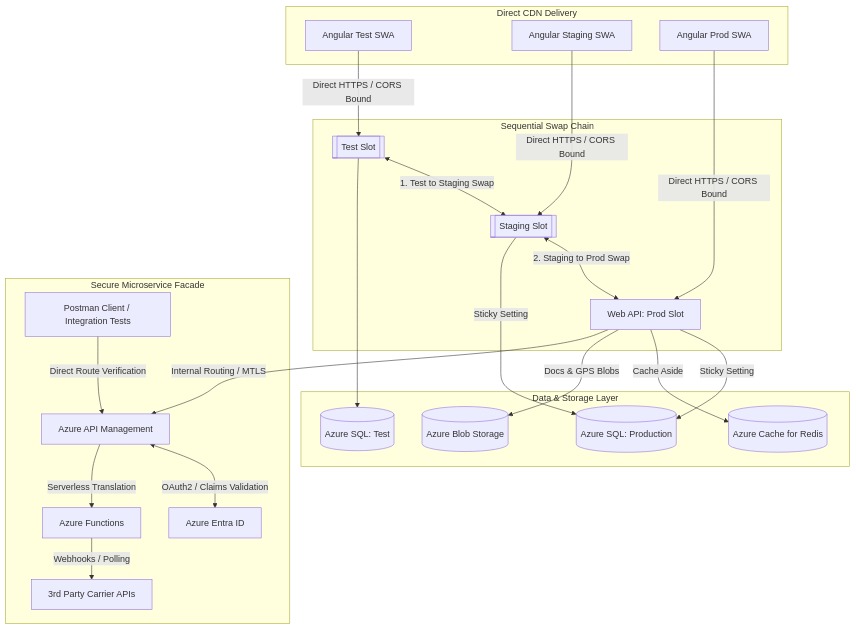
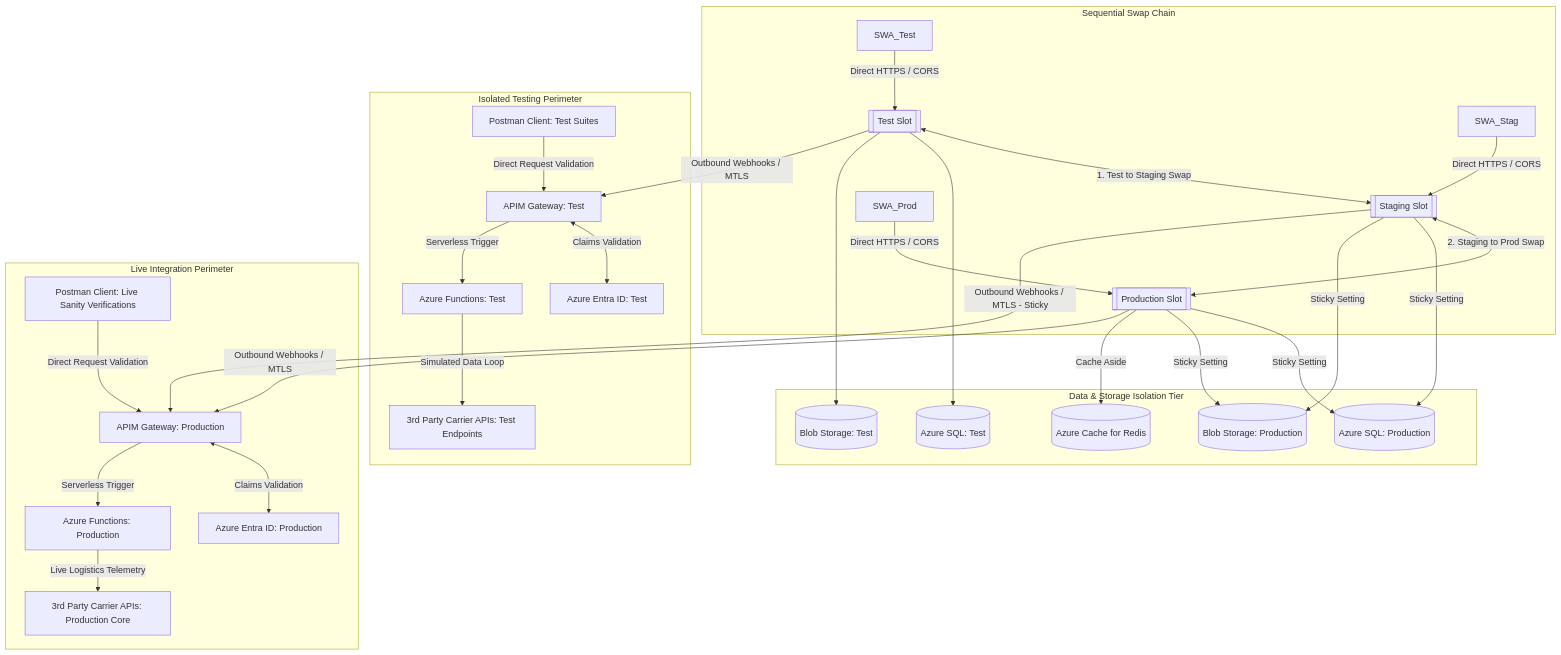
One commit to acforbes/freight-logistics-architecture changed the first of 2 diagrams in README.md. Above: the diagram before and after it, drawn with Mermaid. The commit also changed 2 other files, not shown here.

Commit message:
docs: split blob storage into test and prod with sticky staging to prod

````diff
--- a/README.md
+++ b/README.md
@@ -36,33 +36,38 @@
 ```mermaid
 graph TD
-    subgraph Frontend Layer [Direct CDN Delivery]
-        SWA_Test[Angular Test SWA]
-        SWA_Stag[Angular Staging SWA]
-        SWA_Prod[Angular Prod SWA]
-    end
-
     subgraph Backend App Service Plan [Sequential Swap Chain]
-        SWA_Test -->|Direct HTTPS / CORS Bound| Slot_Test[[Test Slot]]
-        SWA_Stag -->|Direct HTTPS / CORS Bound| Slot_Stag[[Staging Slot]]
-        SWA_Prod -->|Direct HTTPS / CORS Bound| Slot_Prod[[Production Slot]]
+        SWA_Test -->|Direct HTTPS / CORS| Slot_Test[[Test Slot]]
+        SWA_Stag -->|Direct HTTPS / CORS| Slot_Stag[[Staging Slot]]
+        SWA_Prod -->|Direct HTTPS / CORS| Slot_Prod[[Production Slot]]
         
         Slot_Test <-->|1. Test to Staging Swap| Slot_Stag
         Slot_Stag <-->|2. Staging to Prod Swap| Slot_Prod
     end
 
-    subgraph Data & Storage Layer
+    subgraph Data & Storage Isolation Tier
         Slot_Test --> DB_Test[(Azure SQL: Test)]
+        Slot_Test --> Blob_Test[(Blob Storage: Test)]
         Slot_Stag -->|Sticky Setting| DB_Prod[(Azure SQL: Production)]
         Slot_Prod -->|Sticky Setting| DB_Prod
+        Slot_Stag -->|Sticky Setting| Blob_Prod[(Blob Storage: Production)]
+        Slot_Prod -->|Sticky Setting| Blob_Prod
         Slot_Prod -->|Cache Aside| Redis[(Azure Cache for Redis)]
-        Slot_Prod -->|Docs & GPS Blobs| Blob[(Azure Blob Storage)]
     end
 
-    subgraph Secure Microservice Facade
-        Slot_Prod[Web API: Prod Slot] -->|Internal Routing / MTLS| APIM[Azure API Management]
-        PM[Postman Client / Integration Tests] -->|Direct Route Verification| APIM
-        APIM <-->|OAuth2 / Claims Validation| Entra[Azure Entra ID]
-        APIM -->|Serverless Translation| AzFunc[Azure Functions]
-        AzFunc -->|Webhooks / Polling| External[3rd Party Carrier APIs]
+    subgraph Test Microservice Facade [Isolated Testing Perimeter]
+        Slot_Test -->|Outbound Webhooks / MTLS| APIM_Test[APIM Gateway: Test]
+        PM_Test[Postman Client: Test Suites] -->|Direct Request Validation| APIM_Test
+        APIM_Test <-->|Claims Validation| Entra_Test[Azure Entra ID: Test]
+        APIM_Test -->|Serverless Trigger| AzFunc_Test[Azure Functions: Test]
+        AzFunc_Test -->|Simulated Data Loop| External_Test[3rd Party Carrier APIs: Test Endpoints]
+    end
+
+    subgraph Production Microservice Facade [Live Integration Perimeter]
+        Slot_Stag -->|Outbound Webhooks / MTLS - Sticky| APIM_Prod[APIM Gateway: Production]
+        Slot_Prod -->|Outbound Webhooks / MTLS| APIM_Prod
+        PM_Prod[Postman Client: Live Sanity Verifications] -->|Direct Request Validation| APIM_Prod
+        APIM_Prod <-->|Claims Validation| Entra_Prod[Azure Entra ID: Production]
+        APIM_Prod -->|Serverless Trigger| AzFunc_Prod[Azure Functions: Production]
+        AzFunc_Prod -->|Live Logistics Telemetry| External_Prod[3rd Party Carrier APIs: Production Core]
     end
 ```
````
